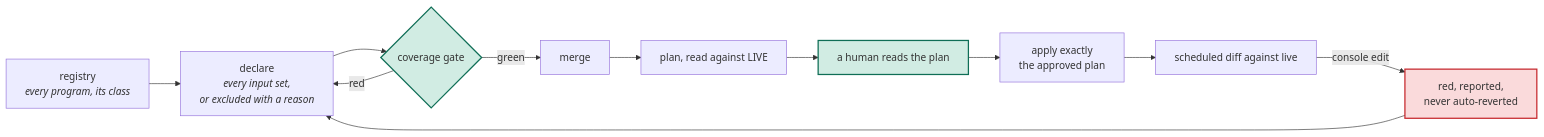
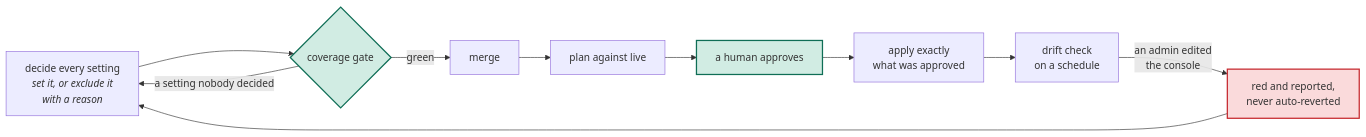
One commit to perimetercompute/specs changed the diagram in org-as-code/SPEC.md. Above: the diagram before and after it, drawn with Mermaid. The commit also changed other lines of this file and 2 other files, not shown here.

````diff
--- a/org-as-code/SPEC.md
+++ b/org-as-code/SPEC.md
@@ -37,17 +33,16 @@
 ```mermaid
 flowchart LR
-    reg["registry<br/><i>every program, its class</i>"] --> decl["declare<br/><i>every input set,<br/>or excluded with a reason</i>"]
-    decl --> cov{"coverage gate"}
-    cov -- red --> decl
-    cov -- green --> merge["merge"]
-    merge --> plan["plan, read against LIVE"]
-    plan --> human["a human reads the plan"]
-    human --> apply["apply exactly<br/>the approved plan"]
-    apply --> drift["scheduled diff against live"]
-    drift -- "console edit" --> red["red, reported,<br/>never auto-reverted"]
-    red --> decl
+    decide["decide every setting<br/><i>set it, or exclude it<br/>with a reason</i>"] --> gate{"coverage gate"}
+    gate -- "a setting nobody decided" --> decide
+    gate -- green --> merge["merge"]
+    merge --> plan["plan against live"]
+    plan --> human["a human approves"]
+    human --> apply["apply exactly<br/>what was approved"]
+    apply --> drift["drift check<br/>on a schedule"]
+    drift -- "an admin edited<br/>the console" --> red["red and reported,<br/>never auto-reverted"]
+    red --> decide
     classDef gate fill:#1d9e7533,stroke:#0f6e56,stroke-width:2px
     classDef red fill:#e5484d33,stroke:#c62a2f,stroke-width:2px
-    class cov,human gate
+    class gate,human gate
     class red red
 ```
````
